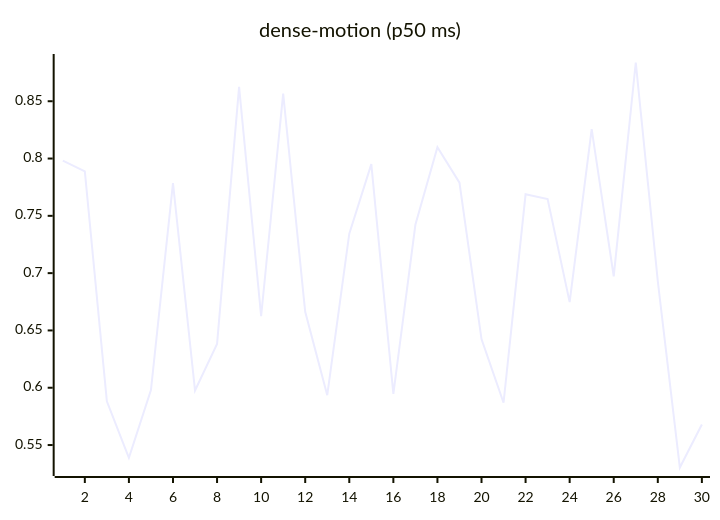
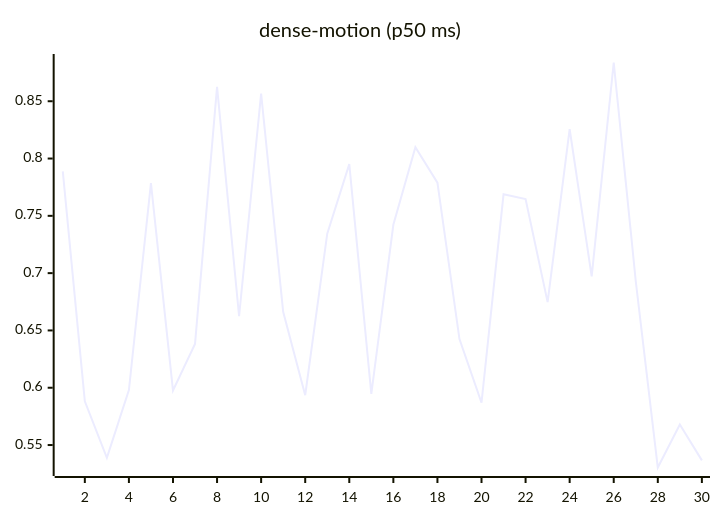
The ninth of 27 diagrams in README.md (josha/Facet), drawn with Mermaid before and after one commit. The commit also changed other lines of this file and 2 other files, not shown here.

````diff
--- a/README.md
+++ b/README.md
@@ -119,6 +119,6 @@
 ```mermaid
 xychart-beta
     title "dense-motion (p50 ms)"
     x-axis 1 --> 30
-    line [0.7981, 0.7888, 0.5881, 0.5388, 0.5980, 0.7785, 0.5976, 0.6382, 0.8626, 0.6624, 0.8567, 0.6662, 0.5935, 0.7344, 0.7951, 0.5946, 0.7422, 0.8099, 0.7789, 0.6425, 0.5869, 0.7688, 0.7647, 0.6747, 0.8256, 0.6971, 0.8838, 0.6929, 0.5304, 0.5679]
+    line [0.7888, 0.5881, 0.5388, 0.5980, 0.7785, 0.5976, 0.6382, 0.8626, 0.6624, 0.8567, 0.6662, 0.5935, 0.7344, 0.7951, 0.5946, 0.7422, 0.8099, 0.7789, 0.6425, 0.5869, 0.7688, 0.7647, 0.6747, 0.8256, 0.6971, 0.8838, 0.6929, 0.5304, 0.5679, 0.5366]
 ```
````
